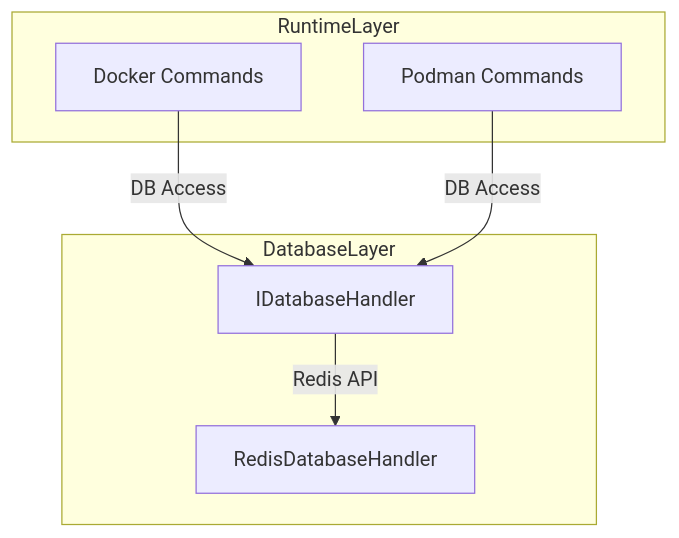
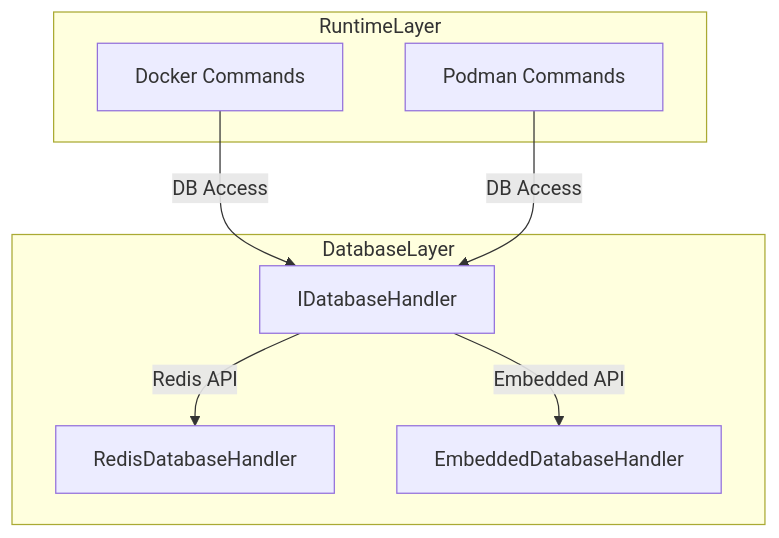
One commit to Komal-kalyanraman/container_manager changed the fourth of 6 diagrams in docs/architecture/architecture_diagram.md. Above: the diagram before and after it, drawn with Mermaid. The commit also changed other lines of this file and 283 other files, not shown here.

Commit message:
Added Embedded Database and updated documenatation

````diff
--- a/docs/architecture/architecture_diagram.md
+++ b/docs/architecture/architecture_diagram.md
@@ -142,16 +144,18 @@
 ```mermaid
 flowchart TD
 subgraph RuntimeLayer
 DOCKER[Docker Commands]
 PODMAN[Podman Commands]
 end
 
 subgraph DatabaseLayer
 DBIF[IDatabaseHandler]
 REDIS[RedisDatabaseHandler]
+EMBEDDED[EmbeddedDatabaseHandler]
 end
 
 DOCKER -- DB Access --> DBIF
 PODMAN -- DB Access --> DBIF
 DBIF -- Redis API --> REDIS
+DBIF -- Embedded API --> EMBEDDED
 ```
````
